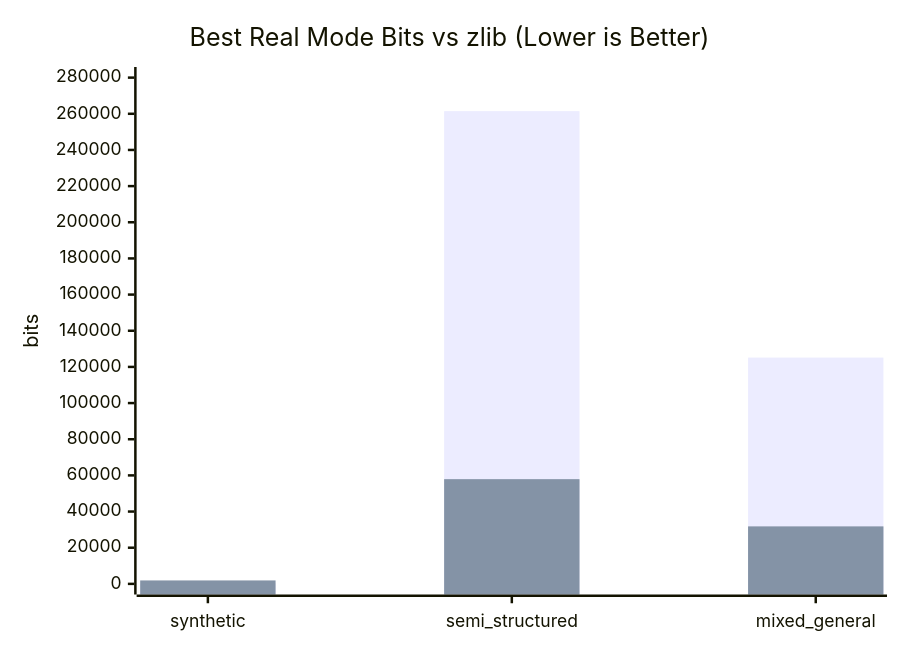
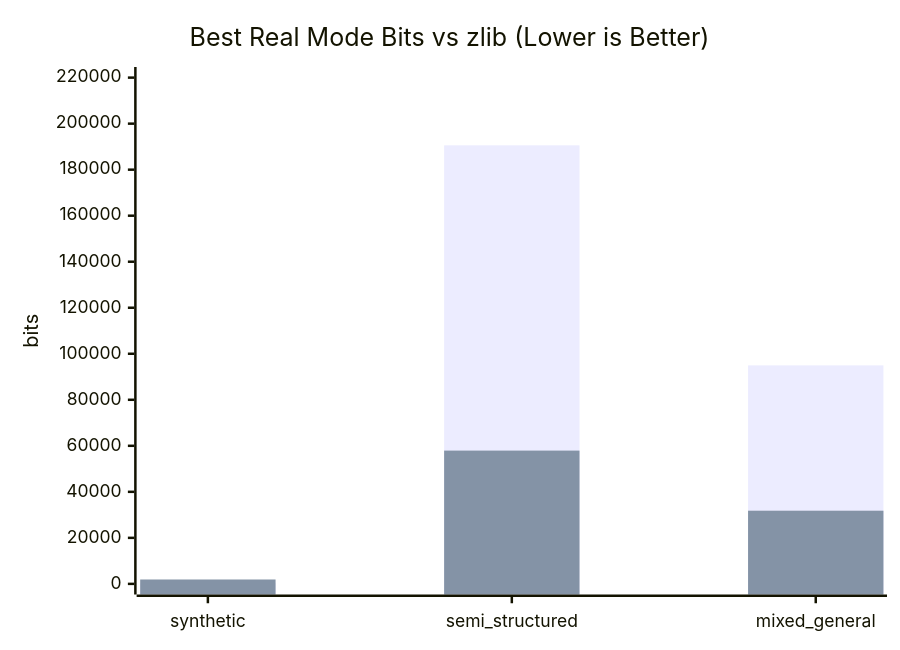
The first of 3 diagrams in reports/zip_competition_results.md (scruff2/Cube_Compression), drawn with Mermaid before and after one commit. The commit also changed other lines of this file and 26 other files, not shown here.

````diff
--- a/reports/zip_competition_results.md
+++ b/reports/zip_competition_results.md
@@ -51,8 +52,8 @@
 ```mermaid
 xychart-beta
     title "Best Real Mode Bits vs zlib (Lower is Better)"
     x-axis [synthetic, semi_structured, mixed_general]
-    y-axis "bits" 0 --> 280000
-    bar [240, 261464, 125160]
+    y-axis "bits" 0 --> 220000
+    bar [304, 190568, 94952]
     bar [1904, 57920, 31800]
 ```
````
